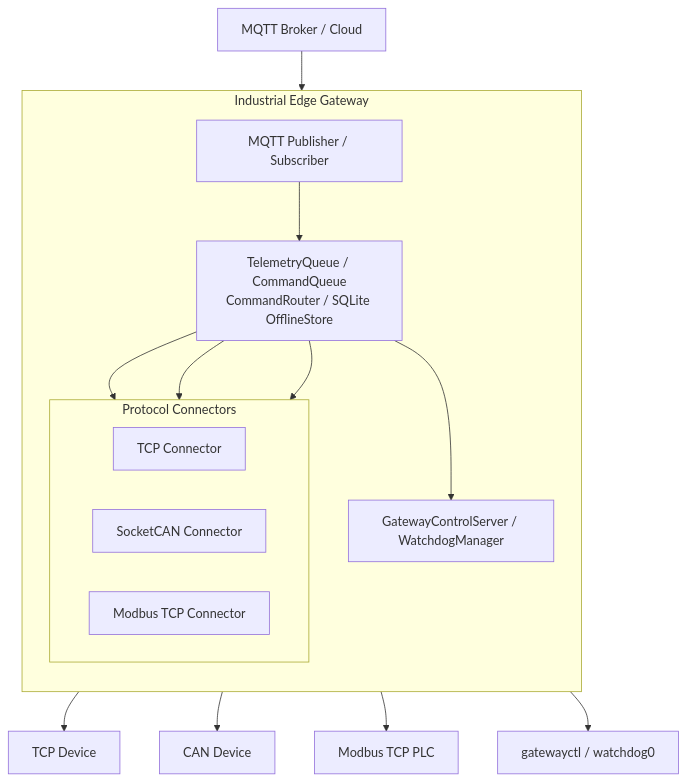
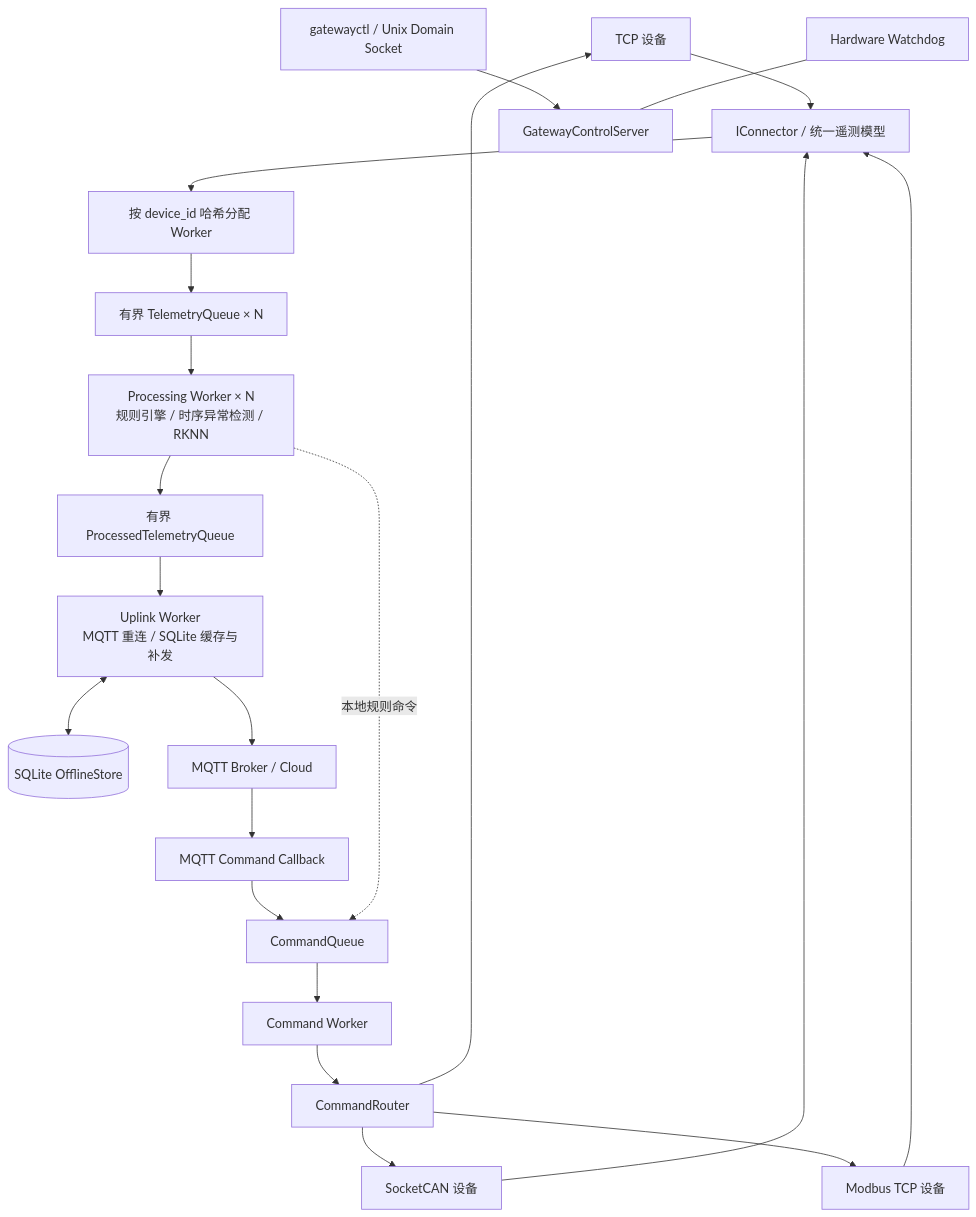
One commit to YIMOUSHUI/industrial-edge-gateway changed the diagram in README.md. Above: the diagram before and after it, drawn with Mermaid. The commit also changed other lines of this file and 9 other files, not shown here.

````diff
--- a/README.md
+++ b/README.md
@@ -25,34 +15,26 @@
 ```mermaid
 flowchart TB
-    Cloud["MQTT Broker / Cloud"]
+    TCP["TCP 设备"] --> CONN["IConnector / 统一遥测模型"]
+    CAN["SocketCAN 设备"] --> CONN
+    MB["Modbus TCP 设备"] --> CONN
 
-    subgraph Gateway["Industrial Edge Gateway"]
-        direction TB
+    CONN --> ROUTE["按 device_id 哈希分配 Worker"]
+    ROUTE --> Q1["有界 TelemetryQueue × N"]
+    Q1 --> PROC["Processing Worker × N\n规则引擎 / 时序异常检测 / RKNN"]
+    PROC --> Q2["有界 ProcessedTelemetryQueue"]
+    Q2 --> UP["Uplink Worker\nMQTT 重连 / SQLite 缓存与补发"]
+    UP <--> DB[(SQLite OfflineStore)]
+    UP --> CLOUD["MQTT Broker / Cloud"]
 
-        MQTT["MQTT Publisher / Subscriber"]
-        Core["TelemetryQueue / CommandQueue<br/>CommandRouter / SQLite OfflineStore"]
+    CLOUD --> CB["MQTT Command Callback"]
+    CB --> CQ["CommandQueue"]
+    PROC -.->|本地规则命令| CQ
+    CQ --> CW["Command Worker"]
+    CW --> CR["CommandRouter"]
+    CR --> TCP
+    CR --> CAN
+    CR --> MB
 
-        subgraph Connectors["Protocol Connectors"]
-            direction LR
-            TCP["TCP Connector"]
-            CAN["SocketCAN Connector"]
-            MODBUS["Modbus TCP Connector"]
-        end
-
-        Runtime["GatewayControlServer / WatchdogManager"]
-
-        MQTT --> Core
-        Core --> TCP
-        Core --> CAN
-        Core --> MODBUS
-        Core --> Runtime
-    end
-
-    Cloud --> MQTT
-
-    TCP --> TCPDEV["TCP Device"]
-    CAN --> CANDEV["CAN Device"]
-    MODBUS --> PLC["Modbus TCP PLC"]
-
-    Runtime --> LOCAL["gatewayctl / watchdog0"]
+    CTL["gatewayctl / Unix Domain Socket"] --> GOV["GatewayControlServer"]
+    WD["Hardware Watchdog"] --- GOV
 ```
````
